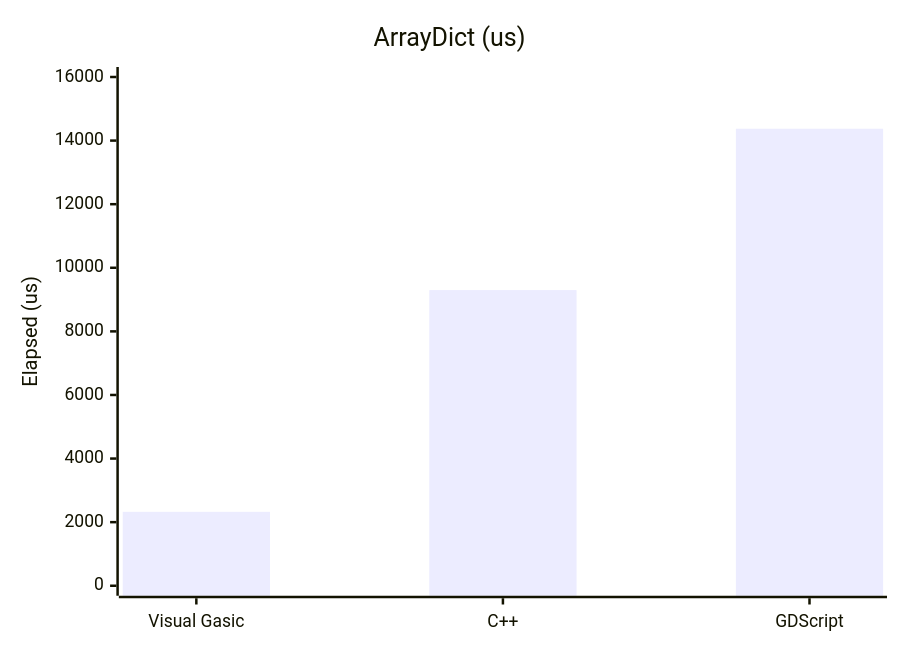
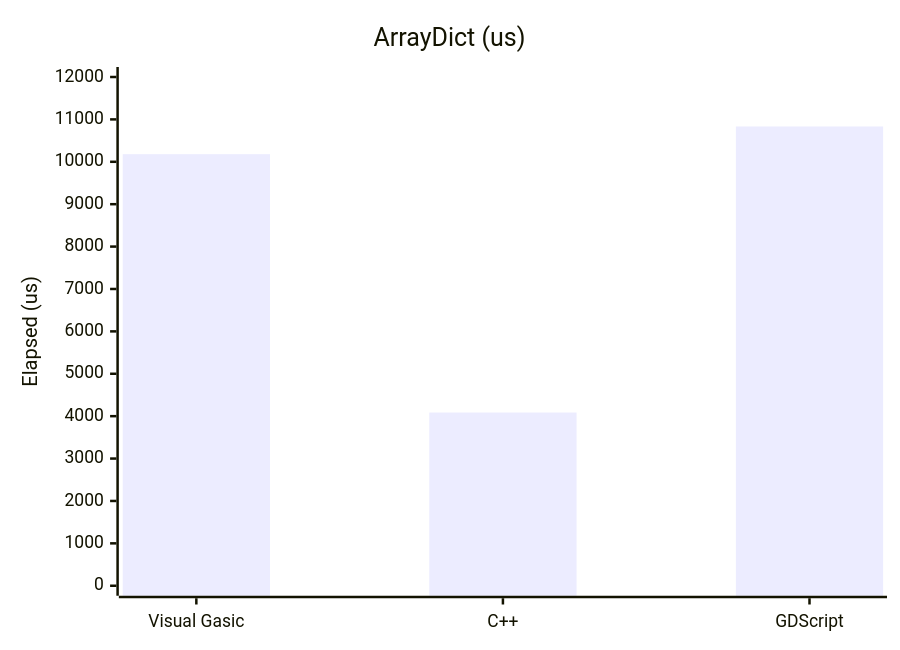
The second of 3 diagrams in docs/ADVANCED_FEATURES_MANUAL.md (xgreenrx-star/VisualGasic), drawn with Mermaid before and after one commit. The commit also changed other lines of this file and 8 other files, not shown here.

````diff
--- a/docs/ADVANCED_FEATURES_MANUAL.md
+++ b/docs/ADVANCED_FEATURES_MANUAL.md
@@ -28,7 +28,7 @@
 ```mermaid
 xychart-beta
     title "ArrayDict (us)"
     x-axis ["Visual Gasic","C++","GDScript"]
-    y-axis "Elapsed (us)" 0 --> 16000
-    bar [2325,9298,14373]
+    y-axis "Elapsed (us)" 0 --> 12000
+    bar [10180,4086,10833]
 ```
````
